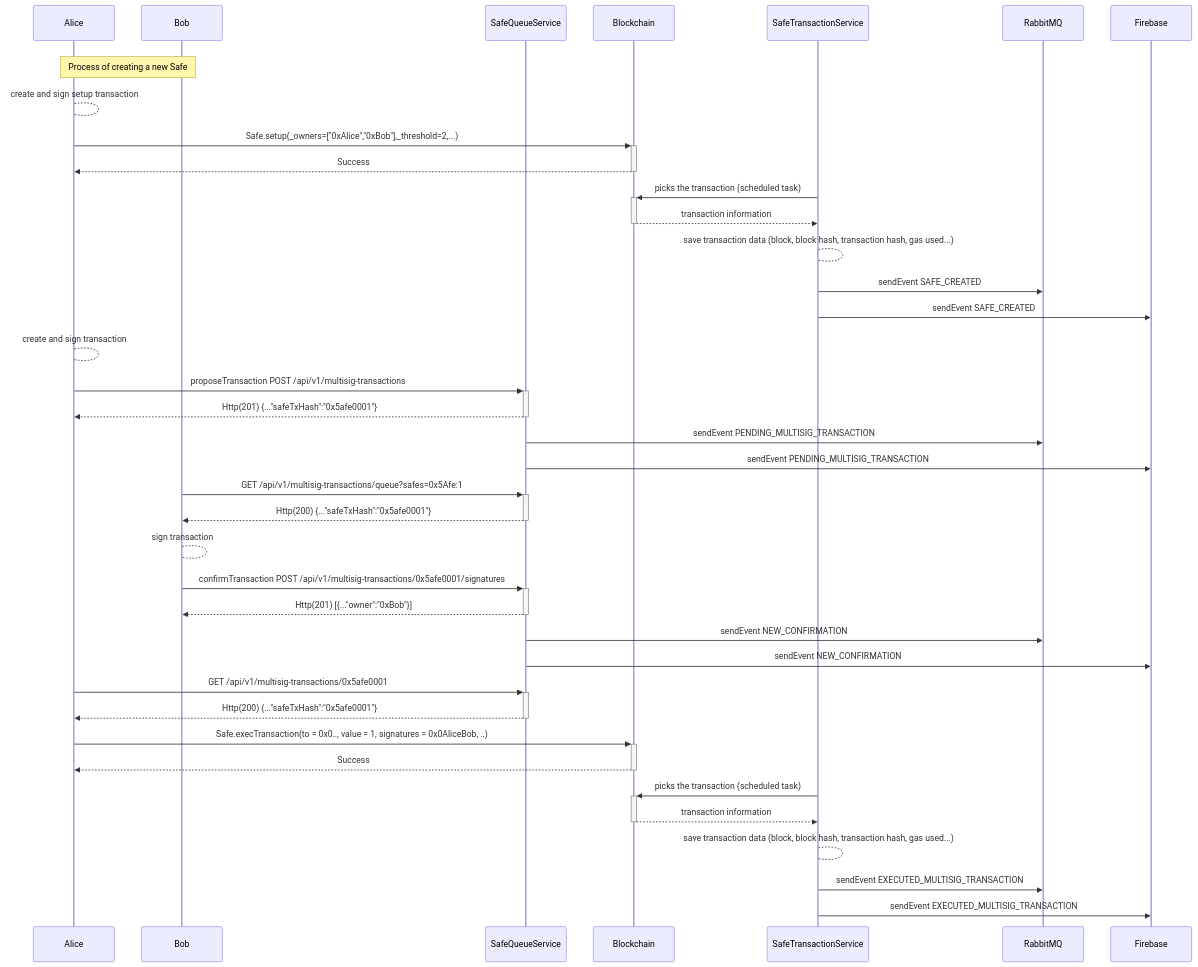
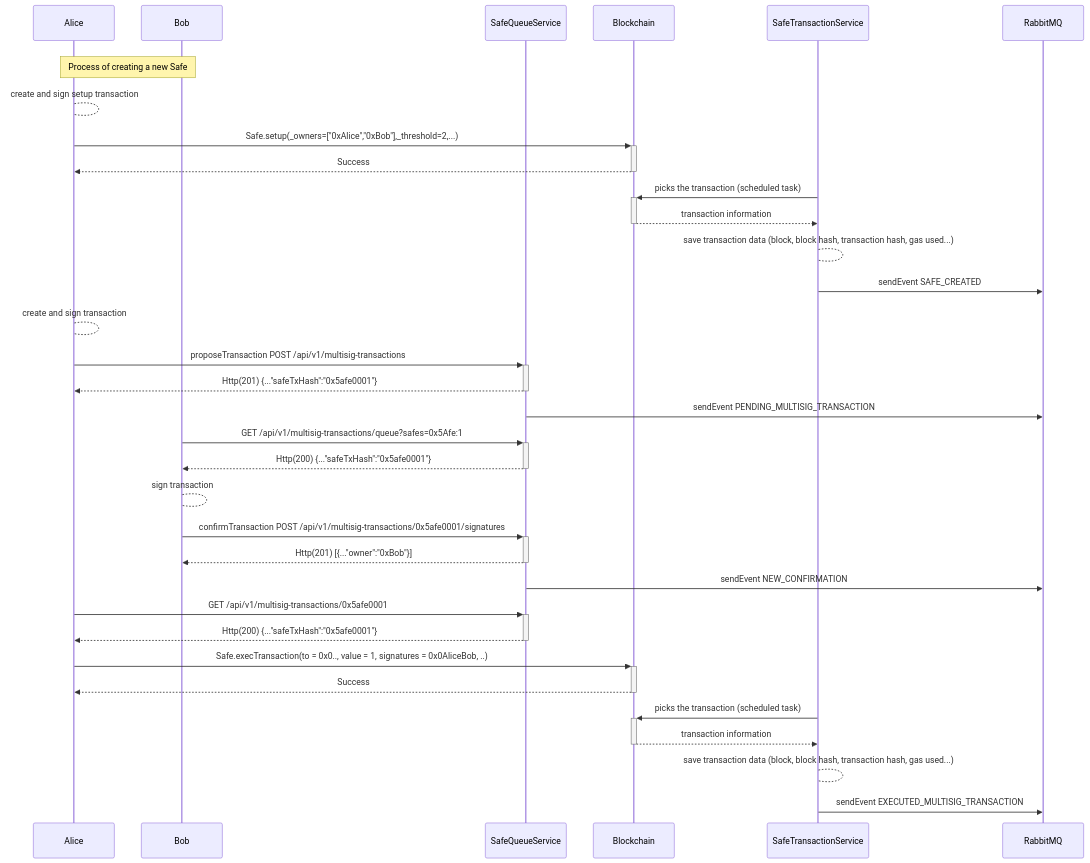
The first of 2 diagrams in pages/core-api/api-safe-transaction-service.mdx (safe-global/safe-docs), drawn with Mermaid before and after one commit. The commit also changed other lines of this file, not shown here.

Commit message:
docs: remove Firebase events and fix the messages path in the Safe Transaction Service page

````diff
--- a/pages/core-api/api-safe-transaction-service.mdx
+++ b/pages/core-api/api-safe-transaction-service.mdx
@@ -79,39 +79,35 @@
 ``` mermaid
 sequenceDiagram
     participant A as Alice
     participant B as Bob
     participant SafeQueueService
     participant Blockchain
     rect rgba(255,255,255,.1)
     Note over A,B: Process of creating a new Safe 
     A-->A: create and sign setup transaction
     A->>+Blockchain: Safe.setup(_owners=["0xAlice","0xBob"],_threshold=2,...)
     Blockchain-->>-A: Success
     SafeTransactionService->>+Blockchain: picks the transaction (scheduled task)
     Blockchain-->>-SafeTransactionService: transaction information
     SafeTransactionService-->SafeTransactionService: save transaction data (block, block hash, transaction hash, gas used...)
     SafeTransactionService->>RabbitMQ: sendEvent SAFE_CREATED
-    SafeTransactionService->>Firebase: sendEvent SAFE_CREATED
     end
     A-->A: create and sign transaction
     A->>+SafeQueueService: proposeTransaction POST /api/v1/multisig-transactions
     SafeQueueService-->>-A: Http(201) {..."safeTxHash":"0x5afe0001"}
     SafeQueueService->>RabbitMQ: sendEvent PENDING_MULTISIG_TRANSACTION
-    SafeQueueService->>Firebase: sendEvent PENDING_MULTISIG_TRANSACTION
     B->>+SafeQueueService: GET /api/v1/multisig-transactions/queue?safes=0x5Afe:1
     SafeQueueService-->>-B: Http(200) {..."safeTxHash":"0x5afe0001"}
     B-->B: sign transaction
     B->>+SafeQueueService: confirmTransaction POST /api/v1/multisig-transactions/0x5afe0001/signatures
     SafeQueueService-->>-B: Http(201) [{..."owner":"0xBob"}]
     SafeQueueService->>RabbitMQ: sendEvent NEW_CONFIRMATION
-    SafeQueueService->>Firebase: sendEvent NEW_CONFIRMATION
     A->>+SafeQueueService: GET /api/v1/multisig-transactions/0x5afe0001
     SafeQueueService-->>-A: Http(200) {..."safeTxHash":"0x5afe0001"}
     A->>+Blockchain: Safe.execTransaction(to = 0x0.., value = 1, signatures = 0x0AliceBob, ..)
     Blockchain-->>-A: Success
     SafeTransactionService->>+Blockchain: picks the transaction (scheduled task)
     Blockchain-->>-SafeTransactionService: transaction information
     SafeTransactionService-->SafeTransactionService: save transaction data (block, block hash, transaction hash, gas used...)
     SafeTransactionService->>RabbitMQ: sendEvent EXECUTED_MULTISIG_TRANSACTION
-    SafeTransactionService->>Firebase: sendEvent EXECUTED_MULTISIG_TRANSACTION
 ```
````
